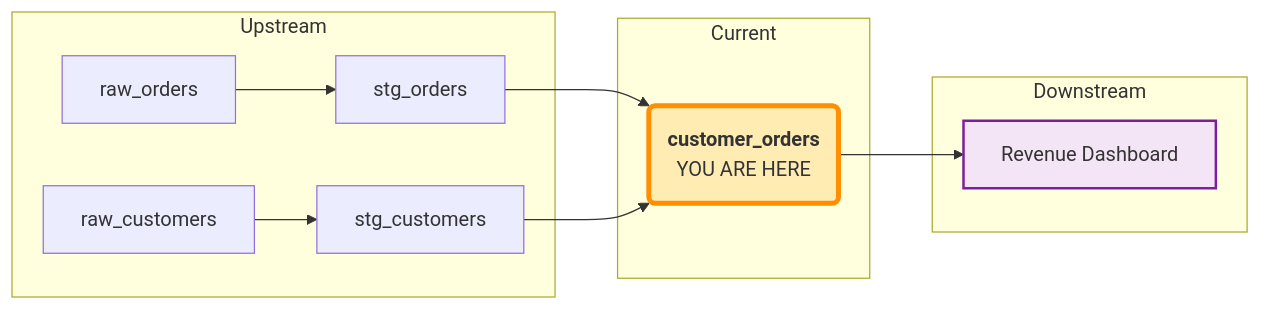
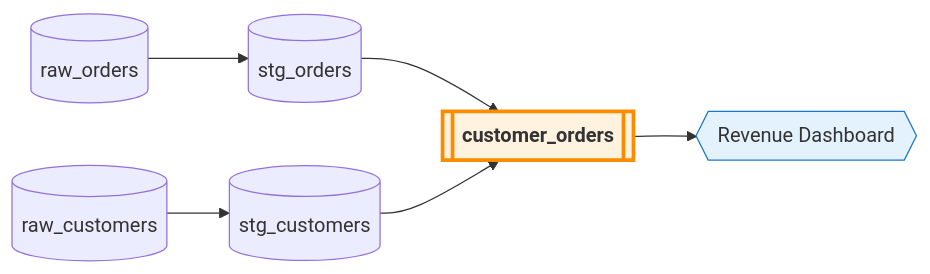
Before and after one commit to karan0207/datahub: the fifth of 8 diagrams in docs/tutorial-basics/ui-tour.md, drawn with Mermaid. The commit also changed other lines of this file and 7 other files, not shown here.

Commit message:
feat: updated graph chart

````diff
--- a/docs/tutorial-basics/ui-tour.md
+++ b/docs/tutorial-basics/ui-tour.md
@@ -158,19 +136,13 @@
 ```mermaid
-graph LR
-    subgraph Upstream
-        A[raw_orders] --> B[stg_orders]
-        C[raw_customers] --> D[stg_customers]
-    end
+flowchart LR
+    A[(raw_orders)] --> B[(stg_orders)]
+    C[(raw_customers)] --> D[(stg_customers)]
+    
+    B --> E[[<b>customer_orders</b>]]
+    D --> E
+    
+    E --> F{{Revenue Dashboard}}
 
-    subgraph Current
-        B --> E("<b>customer_orders</b><br/>YOU ARE HERE")
-        D --> E
-    end
-
-    subgraph Downstream
-        E --> F[Revenue Dashboard]
-    end
-
-    style E fill:#ffecb3,stroke:#ff8f00,stroke-width:4px
-    style F fill:#f3e5f5,stroke:#7b1fa2,stroke-width:2px
+    style E fill:#fff3e0,stroke:#fb8c00,stroke-width:3px
+    style F fill:#e3f2fd,stroke:#1976d2
 ```
````
